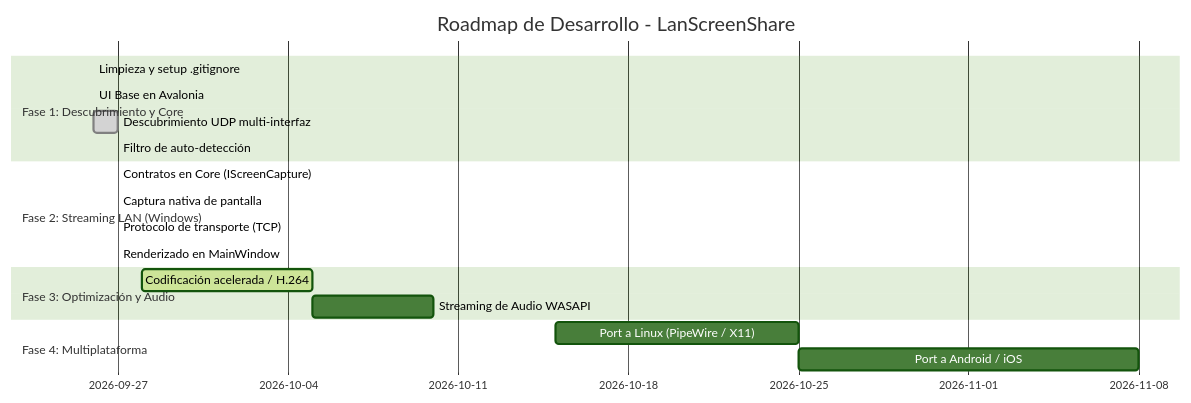
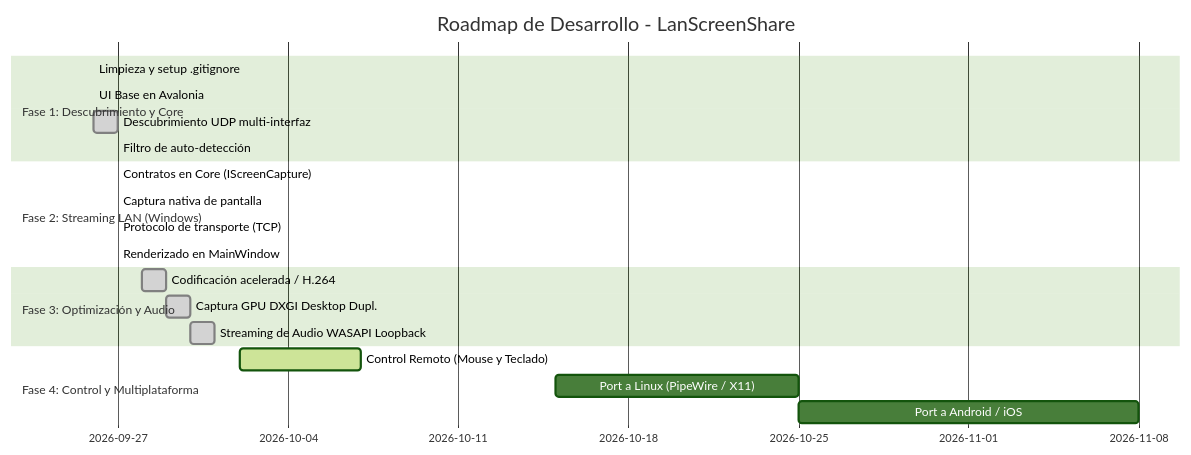
The first of 2 diagrams in PROJECT_ROADMAP.md (ginobermudez76/local_streaming), drawn with Mermaid (forest theme) before and after one commit. The commit also changed other lines of this file, not shown here.

Commit message:
docs: actualizar PROJECT_ROADMAP con arquitectura, hitos completados de Fase 3 y diagrama de clases

````diff
--- a/PROJECT_ROADMAP.md
+++ b/PROJECT_ROADMAP.md
@@ -33,21 +33,23 @@
 ```mermaid
 gantt
     title Roadmap de Desarrollo - LanScreenShare
     dateFormat  YYYY-MM-DD
     section Fase 1: Descubrimiento y Core
     Limpieza y setup .gitignore       :done,    des1, 2026-09-26, 2026-09-26
     UI Base en Avalonia               :done,    des2, 2026-09-26, 2026-09-26
     Descubrimiento UDP multi-interfaz :done,    des3, 2026-09-26, 2026-09-27
     Filtro de auto-detección          :done,    des4, 2026-09-27, 2026-09-27
     section Fase 2: Streaming LAN (Windows)
     Contratos en Core (IScreenCapture):done,    str1, 2026-09-27, 2026-09-27
     Captura nativa de pantalla        :done,    str2, 2026-09-27, 2026-09-27
     Protocolo de transporte (TCP)     :done,    str3, 2026-09-27, 2026-09-27
     Renderizado en MainWindow         :done,    str4, 2026-09-27, 2026-09-27
     section Fase 3: Optimización y Audio
-    Codificación acelerada / H.264    :active,  opt1, 2026-09-28, 7d
-    Streaming de Audio WASAPI         :         opt2, after opt1, 5d
-    section Fase 4: Multiplataforma
+    Codificación acelerada / H.264    :done,    opt1, 2026-09-28, 2026-09-29
+    Captura GPU DXGI Desktop Dupl.    :done,    opt2, 2026-09-29, 2026-09-30
+    Streaming de Audio WASAPI Loopback:done,    opt3, 2026-09-30, 2026-10-01
+    section Fase 4: Control y Multiplataforma
+    Control Remoto (Mouse y Teclado)  :active,  ctrl1, 2026-10-02, 5d
     Port a Linux (PipeWire / X11)     :         cross1, 2026-10-15, 10d
     Port a Android / iOS              :         cross2, after cross1, 14d
 ```
````
